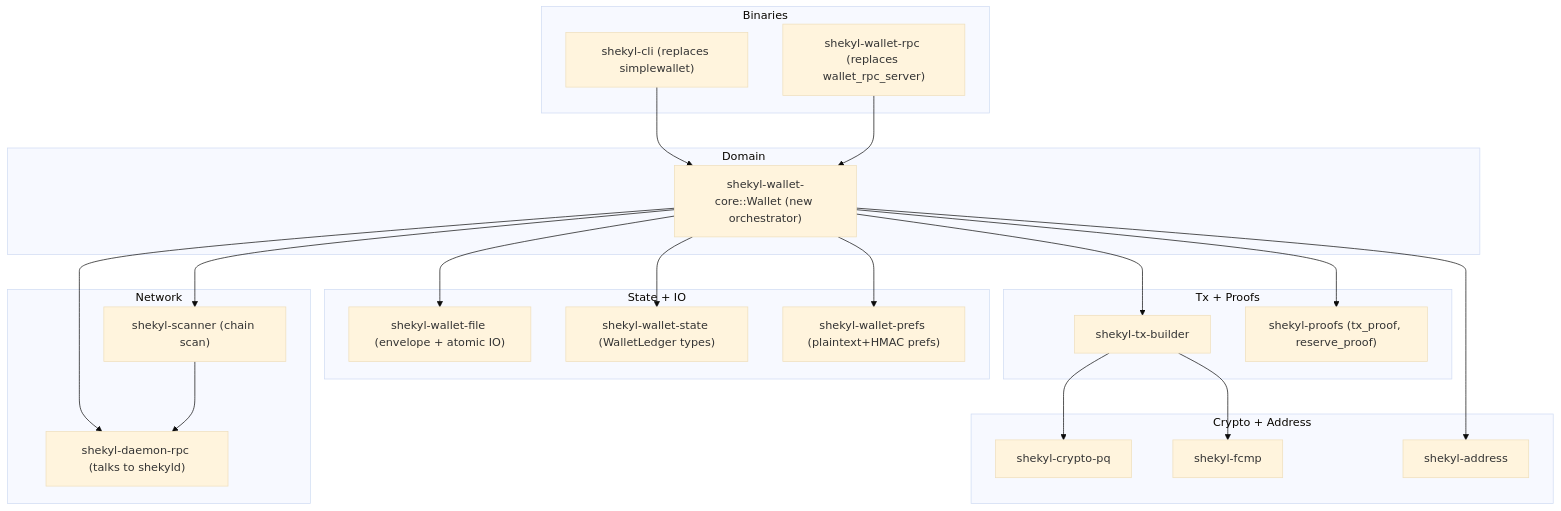
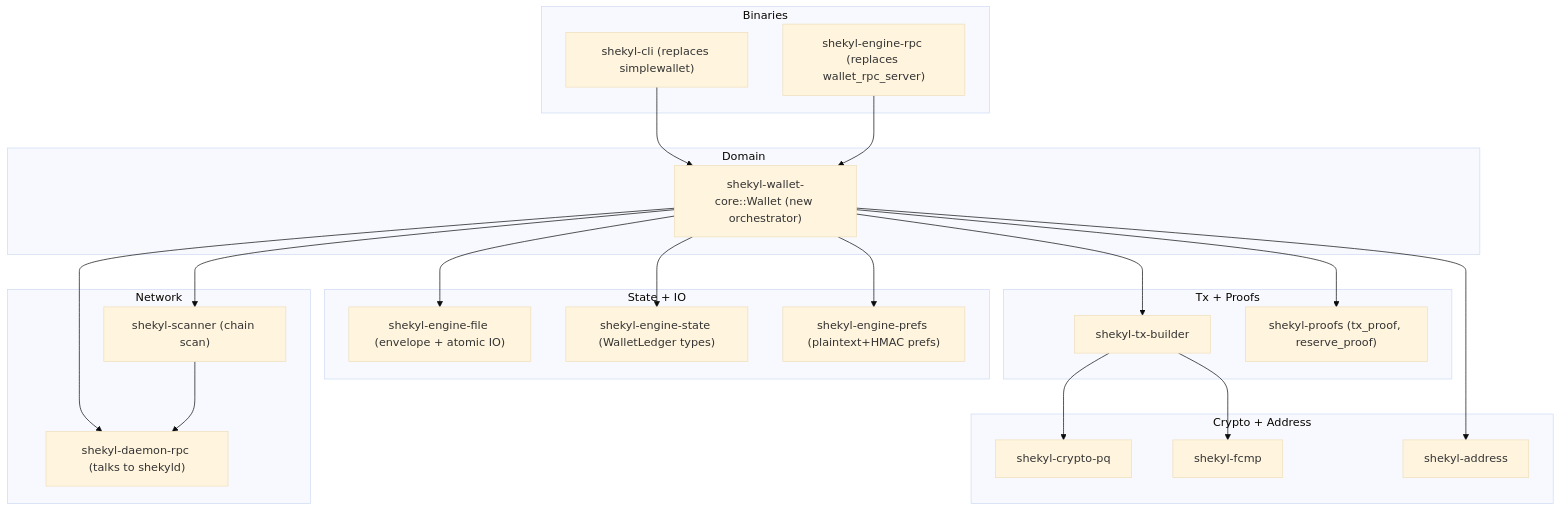
The diagram in docs/design/WALLET_REWRITE_PLAN.md (Shekyl-Foundation/shekyl-core), drawn with Mermaid (base theme) before and after one commit. The commit also changed other lines of this file and 15 other files, not shown here.

````diff
--- a/docs/design/WALLET_REWRITE_PLAN.md
+++ b/docs/design/WALLET_REWRITE_PLAN.md
@@ -91,47 +91,47 @@
 ```mermaid
 flowchart TB
     subgraph Bins[Binaries]
       Cli["shekyl-cli (replaces simplewallet)"]
-      Rpc["shekyl-wallet-rpc (replaces wallet_rpc_server)"]
+      Rpc["shekyl-engine-rpc (replaces wallet_rpc_server)"]
     end
 
     subgraph Api[Domain]
       WalletCore["shekyl-wallet-core::Wallet (new orchestrator)"]
     end
 
     subgraph State[State + IO]
-      WFile["shekyl-wallet-file (envelope + atomic IO)"]
-      WState["shekyl-wallet-state (WalletLedger types)"]
-      WPrefs["shekyl-wallet-prefs (plaintext+HMAC prefs)"]
+      WFile["shekyl-engine-file (envelope + atomic IO)"]
+      WState["shekyl-engine-state (WalletLedger types)"]
+      WPrefs["shekyl-engine-prefs (plaintext+HMAC prefs)"]
     end
 
     subgraph Net[Network]
       DRpc["shekyl-daemon-rpc (talks to shekyld)"]
       Scanner["shekyl-scanner (chain scan)"]
     end
 
     subgraph TxC[Tx + Proofs]
       TxB["shekyl-tx-builder"]
       Proofs["shekyl-proofs (tx_proof, reserve_proof)"]
     end
 
     subgraph Crypto[Crypto + Address]
       CryptoPq["shekyl-crypto-pq"]
       Fcmp["shekyl-fcmp"]
       Address["shekyl-address"]
     end
 
     Cli --> WalletCore
     Rpc --> WalletCore
     WalletCore --> WFile
     WalletCore --> WState
     WalletCore --> WPrefs
     WalletCore --> Scanner
     WalletCore --> TxB
     WalletCore --> Proofs
     WalletCore --> Address
     WalletCore --> DRpc
     Scanner --> DRpc
     TxB --> Fcmp
     TxB --> CryptoPq
 ```
````
